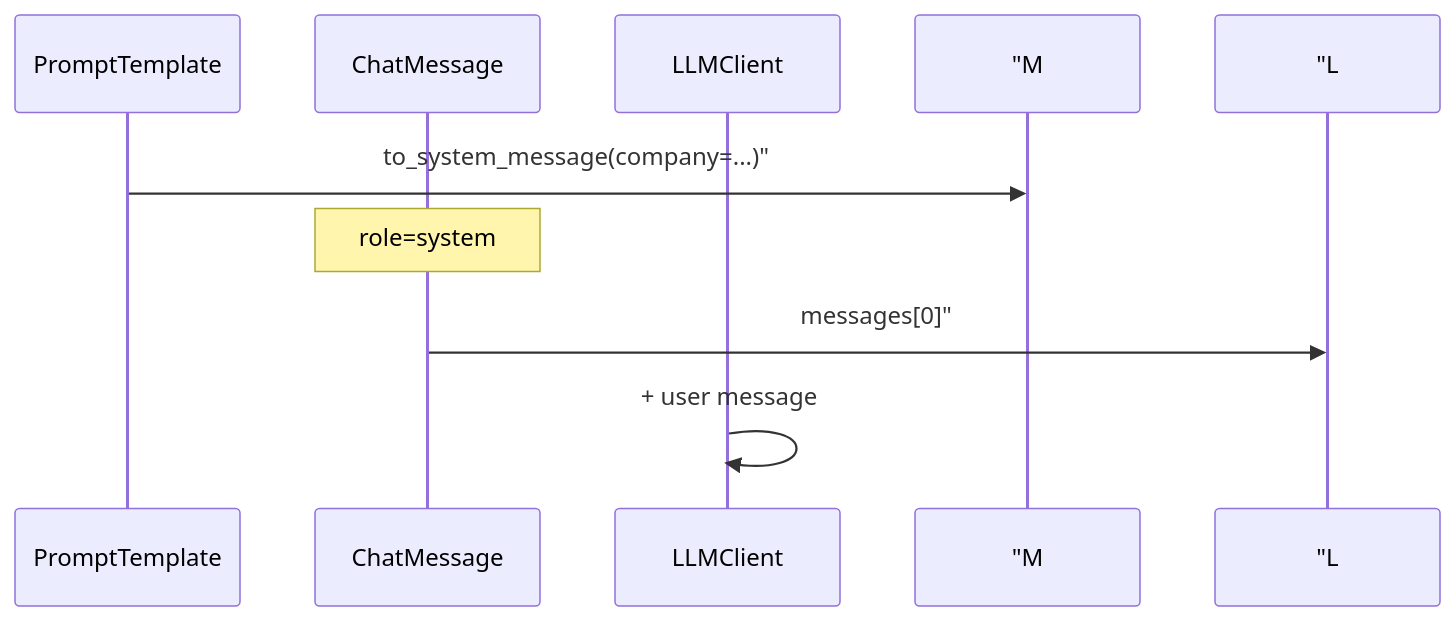
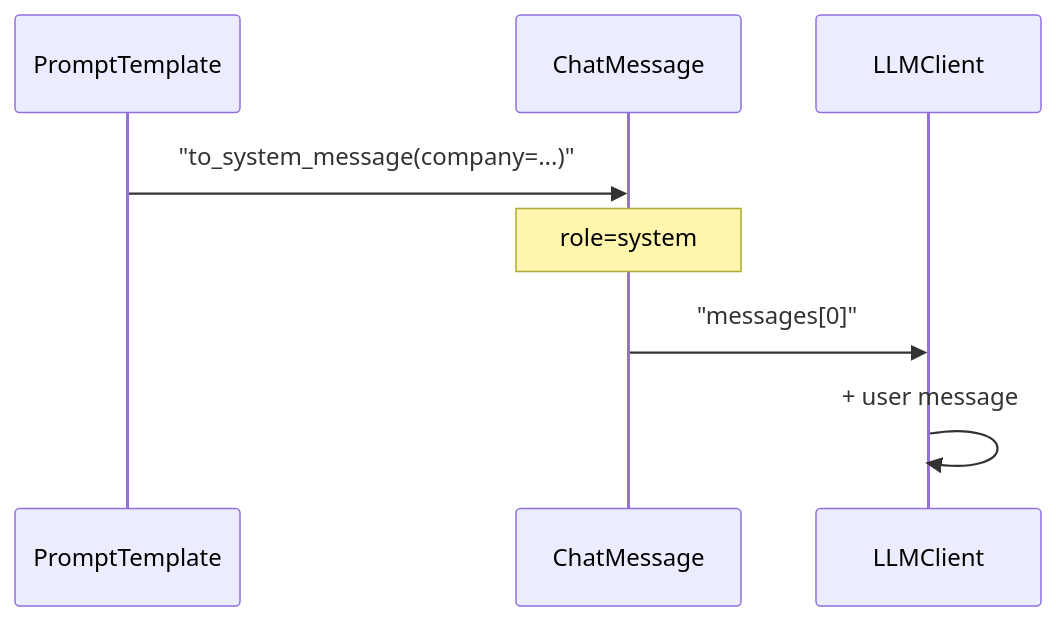
Before and after one commit to ab6539763/70_days_course_plus: the first of 3 diagrams in course/day17/11_Prompt模板详解.md, drawn with Mermaid. The commit also changed 80 other files, not shown here.

First line of the commit message:
fix(course): 修复 Mermaid 图表渲染报错 + 同步嵌入代码快照

````diff
--- a/course/day17/11_Prompt模板详解.md
+++ b/course/day17/11_Prompt模板详解.md
@@ -99,11 +99,11 @@
 ```mermaid
 sequenceDiagram
     participant T as PromptTemplate
     participant M as ChatMessage
     participant L as LLMClient
 
-    T->> "M: to_system_message(company=...)"
+    T->>M: "to_system_message(company=...)"
     Note over M: role=system
-    M->> "L: messages[0]"
+    M->>L: "messages[0]"
     L->>L: + user message
 ```
````
